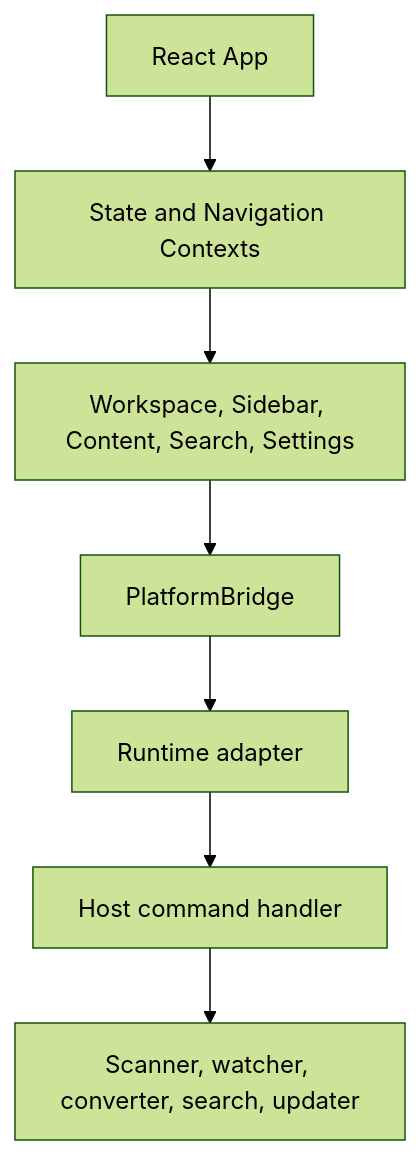
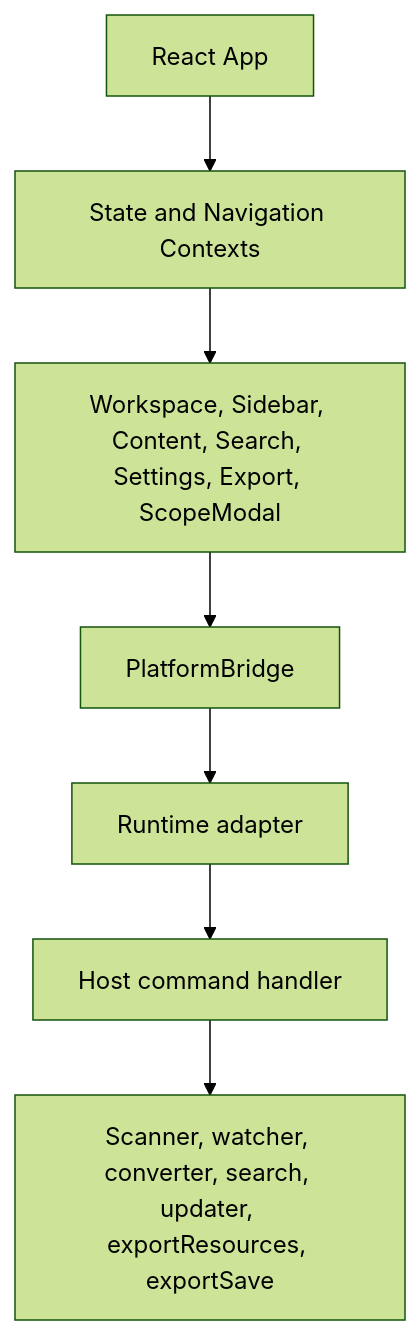
Before and after one commit to the-long-ride/markdown-explorer: the diagram in docs/instructions/01-architecture/02-runtime-architecture.md, drawn with Mermaid (forest theme). The commit also changed other lines of this file and 25 other files, not shown here.

````diff
--- a/docs/instructions/01-architecture/02-runtime-architecture.md
+++ b/docs/instructions/01-architecture/02-runtime-architecture.md
@@ -45,9 +45,9 @@
 ```mermaid
 flowchart TD
     App[React App] --> Contexts[State and Navigation Contexts]
-    Contexts --> Components[Workspace, Sidebar, Content, Search, Settings]
+    Contexts --> Components[Workspace, Sidebar, Content, Search, Settings, Export, ScopeModal]
     Components --> Bridge[PlatformBridge]
     Bridge --> Adapter[Runtime adapter]
     Adapter --> Handler[Host command handler]
-    Handler --> Service[Scanner, watcher, converter, search, updater]
+    Handler --> Service[Scanner, watcher, converter, search, updater, exportResources, exportSave]
 ```
````
